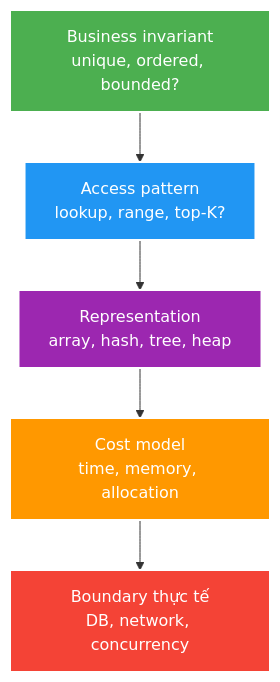
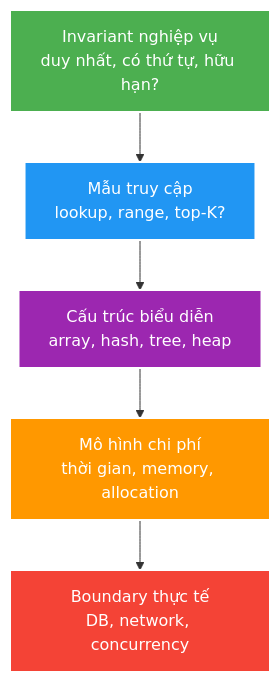
One commit to HungPhan200591/live-stream-backend changed the diagram in docs/learning/topics/java/theory/core/collections-data-structures-and-complexity.md. Above: the diagram before and after it, drawn with Mermaid. The commit also changed 177 other files, not shown here.

````diff
--- a/docs/learning/topics/java/theory/core/collections-data-structures-and-complexity.md
+++ b/docs/learning/topics/java/theory/core/collections-data-structures-and-complexity.md
@@ -30,12 +30,12 @@
 ```mermaid
 flowchart TB
-    A["Business invariant<br/>unique, ordered, bounded?"] --> B["Access pattern<br/>lookup, range, top-K?"]
-    B --> C["Representation<br/>array, hash, tree, heap"]
-    C --> D["Cost model<br/>time, memory, allocation"]
+    A["Invariant nghiệp vụ<br/>duy nhất, có thứ tự, hữu hạn?"] --> B["Mẫu truy cập<br/>lookup, range, top-K?"]
+    B --> C["Cấu trúc biểu diễn<br/>array, hash, tree, heap"]
+    C --> D["Mô hình chi phí<br/>thời gian, memory, allocation"]
     D --> E["Boundary thực tế<br/>DB, network, concurrency"]
     style A fill:#4CAF50,stroke:#fff,stroke-width:2px,color:#fff
     style B fill:#2196F3,stroke:#fff,stroke-width:2px,color:#fff
     style C fill:#9C27B0,stroke:#fff,stroke-width:2px,color:#fff
     style D fill:#FF9800,stroke:#fff,stroke-width:2px,color:#fff
     style E fill:#F44336,stroke:#fff,stroke-width:2px,color:#fff
 ```
````
